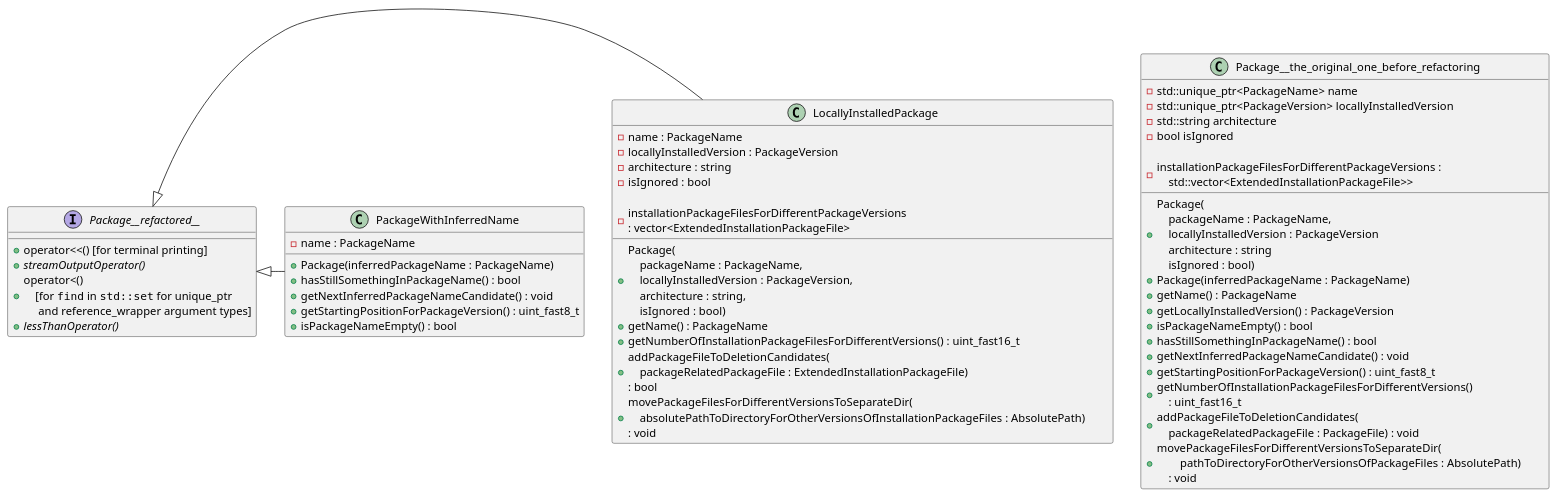
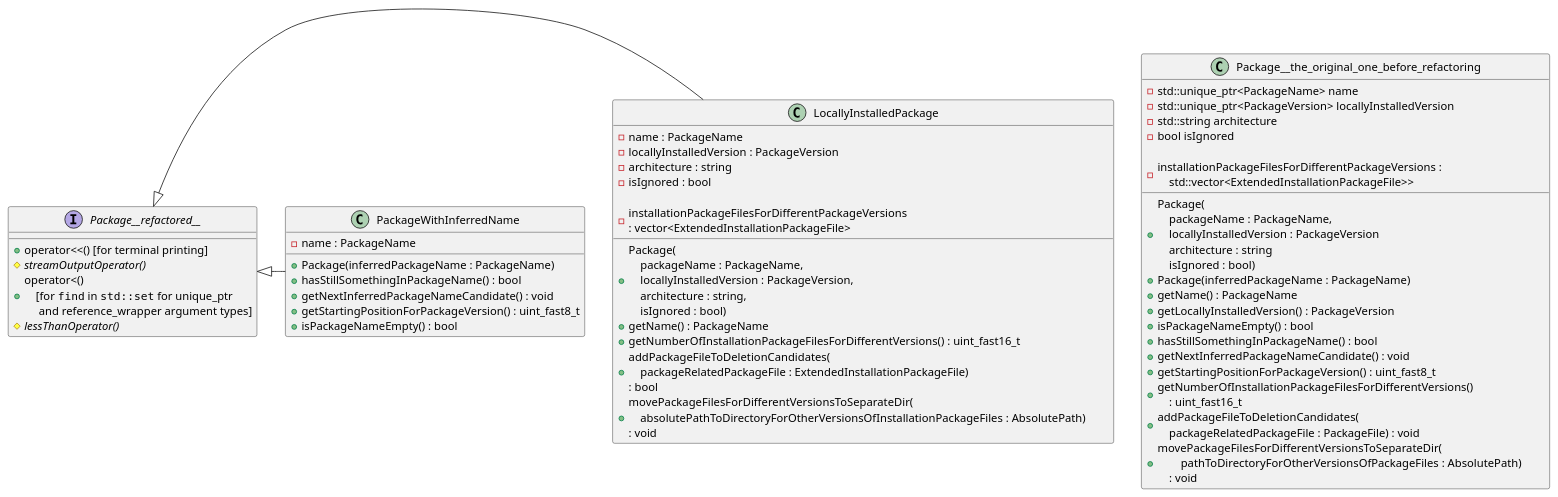
One commit to kyberdrb/clean_pacman_cache_dir changed the diagram in Refactoring_Package_due_to_using_a_subset_of_features_for_packageWithInferredName_of_original_Package_type_and_initializing_the_rest_to_undefined_values-Class_diagram.puml. Above: the diagram before and after it, drawn with PlantUML. The commit also changed 11 other files, not shown here.

```diff
--- a/Refactoring_Package_due_to_using_a_subset_of_features_for_packageWithInferredName_of_original_Package_type_and_initializing_the_rest_to_undefined_values-Class_diagram.puml
+++ b/Refactoring_Package_due_to_using_a_subset_of_features_for_packageWithInferredName_of_original_Package_type_and_initializing_the_rest_to_undefined_values-Class_diagram.puml
@@ -1,89 +1,89 @@
 @startuml
 
 'Proposed solutions to avoid assigning reference member attributes to temporary values in single-argument constructor:
 ' - Inheritance/Implementation of interface - a class with only pure virtual functions with commonfunctions
 '   - overkill/not necessary - I don't use them in one container, neither I want to complicate my code with abstractions for simplicity and understandability
 ' - Splitting one 'PackageFile'
 '   - to two classes
 '   - then encapsulate the 'string' type 'filname' and 'absolutePath' member variables to custom defined classes 'Filename' and 'AbsolutePath' for expressivenes
 '   - Accepted solution
 
 class Package__the_original_one_before_refactoring {
     + Package(\
         \n    packageName : PackageName,\
         \n    locallyInstalledVersion : PackageVersion\
         \n    architecture : string\
         \n    isIgnored : bool)
     + Package(inferredPackageName : PackageName)
     + getName() : PackageName
     + getLocallyInstalledVersion() : PackageVersion
     + isPackageNameEmpty() : bool
     + hasStillSomethingInPackageName() : bool
     + getNextInferredPackageNameCandidate() : void
     + getStartingPositionForPackageVersion() : uint_fast8_t
     + getNumberOfInstallationPackageFilesForDifferentVersions()\
         \n    : uint_fast16_t
     + addPackageFileToDeletionCandidates(\
         \n    packageRelatedPackageFile : PackageFile) : void
     + movePackageFilesForDifferentVersionsToSeparateDir(\
         \n        pathToDirectoryForOtherVersionsOfPackageFiles : AbsolutePath)\
         \n    : void
 
     - std::unique_ptr<PackageName> name
     - std::unique_ptr<PackageVersion> locallyInstalledVersion
     - std::string architecture
     - bool isIgnored
 
     - installationPackageFilesForDifferentPackageVersions :\
         \n    std::vector<ExtendedInstallationPackageFile>>
 }
 
 'Analysis
 
 interface Package__refactored__ {
     + operator<<() [for terminal printing]
-    + {abstract} streamOutputOperator()
+    # {abstract} streamOutputOperator()
     + operator<()\
     \n    [for ""find"" in ""std::set"" for unique_ptr\
     \n     and reference_wrapper argument types]
-    + {abstract} lessThanOperator()
+    # {abstract} lessThanOperator()
 }
 
 class LocallyInstalledPackage {
     + Package(\
     \n    packageName : PackageName,\
     \n    locallyInstalledVersion : PackageVersion,\
     \n    architecture : string,\
     \n    isIgnored : bool)
     + getName() : PackageName
     + getNumberOfInstallationPackageFilesForDifferentVersions() : uint_fast16_t
     + addPackageFileToDeletionCandidates(\
     \n    packageRelatedPackageFile : ExtendedInstallationPackageFile)\
     \n: bool
     + movePackageFilesForDifferentVersionsToSeparateDir(\
         \n    absolutePathToDirectoryForOtherVersionsOfInstallationPackageFiles : AbsolutePath)\
         \n: void
     - name : PackageName
     - locallyInstalledVersion : PackageVersion
     - architecture : string
     - isIgnored : bool
 
     - installationPackageFilesForDifferentPackageVersions\
     \n: vector<ExtendedInstallationPackageFile>
 }
 
 Package__refactored__ <|- LocallyInstalledPackage
 
 class PackageWithInferredName {
     + Package(inferredPackageName : PackageName)
     + hasStillSomethingInPackageName() : bool
     '+ operator<() [for ""find"" in ""std::set""]
     + getNextInferredPackageNameCandidate() : void
     + getStartingPositionForPackageVersion() : uint_fast8_t
     + isPackageNameEmpty() : bool
     - name : PackageName
 }
 
 Package__refactored__ <|- PackageWithInferredName
 
 @enduml
```
